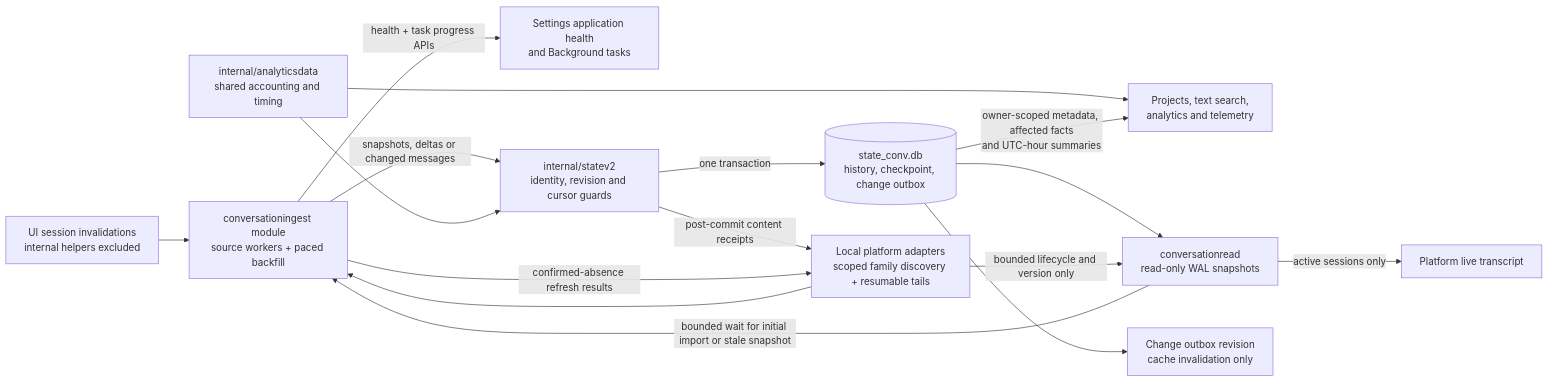
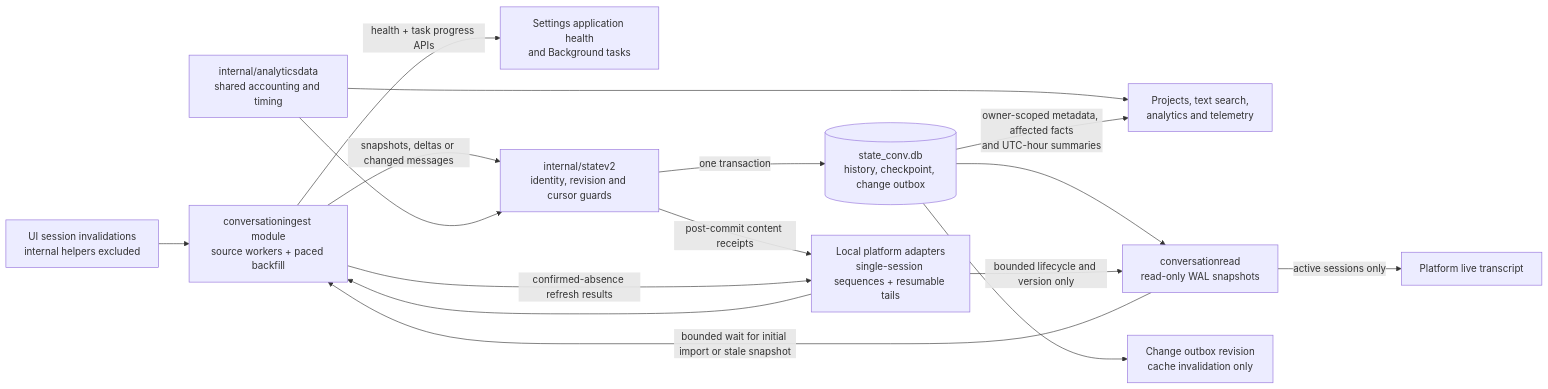
One commit to ocman/ocman changed the first of 7 diagrams in docs/other/architecture-history.md. Above: the diagram before and after it, drawn with Mermaid. The commit also changed other lines of this file and 10 other files, not shown here.

Commit message:
fix(history): read one session sequence for targeted repairs

````diff
--- a/docs/other/architecture-history.md
+++ b/docs/other/architecture-history.md
@@ -15,19 +15,19 @@
 ```mermaid
 flowchart LR
     Import[conversationingest module<br/>source workers + paced backfill]
-    Adapters[Local platform adapters<br/>scoped family discovery + resumable tails] --> Import
+    Adapters[Local platform adapters<br/>single-session sequences + resumable tails] --> Import
     Events[UI session invalidations<br/>internal helpers excluded] --> Import
     Import -->|health + task progress APIs| UI[Settings application health<br/>and Background tasks]
     Import -->|snapshots, deltas or changed messages| Commit[internal/statev2<br/>identity, revision and cursor guards]
     Rules[internal/analyticsdata<br/>shared accounting and timing] --> Commit
     Rules --> Analytics
     Commit -->|one transaction| History[(state_conv.db<br/>history, checkpoint, change outbox)]
     Commit -->|post-commit content receipts| Adapters
     Import -->|confirmed-absence refresh results| Adapters
     History --> Reader[conversationread<br/>read-only WAL snapshots]
     Adapters -->|bounded lifecycle and version only| Reader
     Reader -->|bounded wait for initial import or stale snapshot| Import
     Reader -->|active sessions only| Live[Platform live transcript]
     History -->|owner-scoped metadata, affected facts<br/>and UTC-hour summaries| Analytics[Projects, text search,<br/>analytics and telemetry]
     History --> Changes[Change outbox revision<br/>cache invalidation only]
 ```
````
